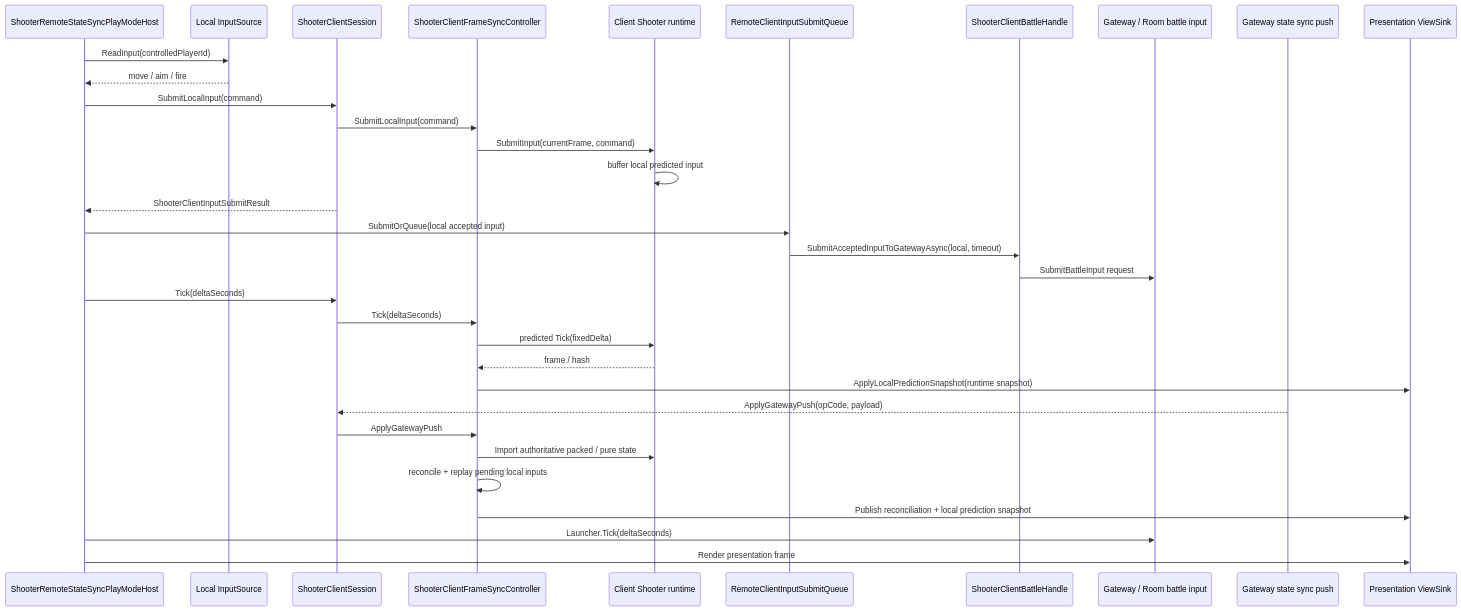
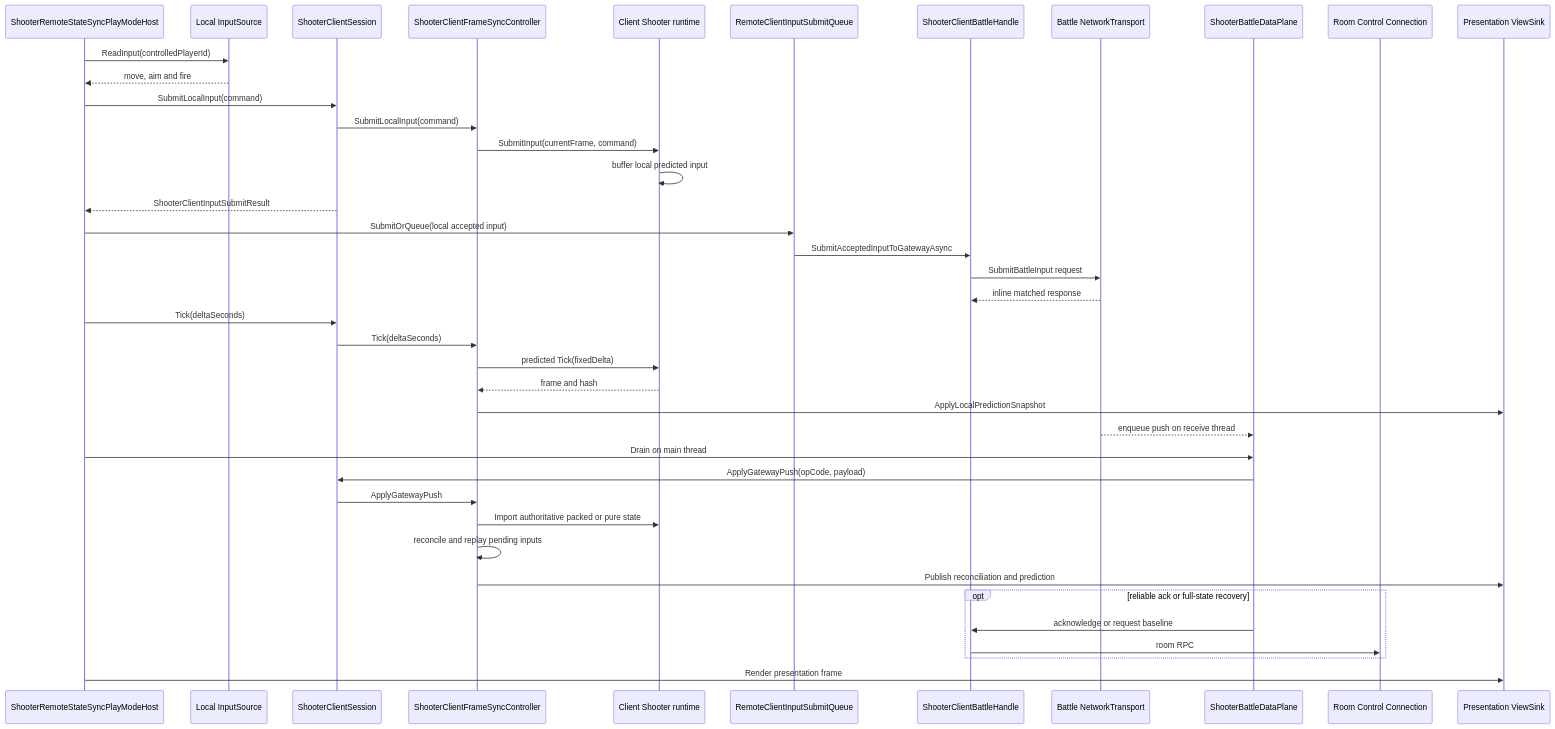
One commit to HOBOBO/AbilityKit changed the fourth of 6 diagrams in Docs/design/09-ImplementationExamples/Shooter/12-LogicLayerFlowSingleAndMultiplayer.md. Above: the diagram before and after it, drawn with Mermaid. The commit also changed other lines of this file and 328 other files, not shown here.

````diff
--- a/Docs/design/09-ImplementationExamples/Shooter/12-LogicLayerFlowSingleAndMultiplayer.md
+++ b/Docs/design/09-ImplementationExamples/Shooter/12-LogicLayerFlowSingleAndMultiplayer.md
@@ -145,40 +146,47 @@
 ```mermaid
 sequenceDiagram
     participant Host as ShooterRemoteStateSyncPlayModeHost
     participant Input as Local InputSource
     participant Session as ShooterClientSession
     participant FrameSync as ShooterClientFrameSyncController
     participant Runtime as Client Shooter runtime
     participant Queue as RemoteClientInputSubmitQueue
-    participant Battle as ShooterClientBattleHandle
-    participant Gateway as Gateway / Room battle input
-    participant Push as Gateway state sync push
+    participant Handle as ShooterClientBattleHandle
+    participant BattleNet as Battle NetworkTransport
+    participant DataPlane as ShooterBattleDataPlane
+    participant Control as Room Control Connection
     participant View as Presentation ViewSink
 
     Host->>Input: ReadInput(controlledPlayerId)
-    Input-->>Host: move / aim / fire
+    Input-->>Host: move, aim and fire
     Host->>Session: SubmitLocalInput(command)
     Session->>FrameSync: SubmitLocalInput(command)
     FrameSync->>Runtime: SubmitInput(currentFrame, command)
     Runtime->>Runtime: buffer local predicted input
     Session-->>Host: ShooterClientInputSubmitResult
 
     Host->>Queue: SubmitOrQueue(local accepted input)
-    Queue->>Battle: SubmitAcceptedInputToGatewayAsync(local, timeout)
-    Battle->>Gateway: SubmitBattleInput request
+    Queue->>Handle: SubmitAcceptedInputToGatewayAsync
+    Handle->>BattleNet: SubmitBattleInput request
+    BattleNet-->>Handle: inline matched response
 
     Host->>Session: Tick(deltaSeconds)
     Session->>FrameSync: Tick(deltaSeconds)
     FrameSync->>Runtime: predicted Tick(fixedDelta)
-    Runtime-->>FrameSync: frame / hash
-    FrameSync->>View: ApplyLocalPredictionSnapshot(runtime snapshot)
+    Runtime-->>FrameSync: frame and hash
+    FrameSync->>View: ApplyLocalPredictionSnapshot
 
-    Push-->>Session: ApplyGatewayPush(opCode, payload)
+    BattleNet-->>DataPlane: enqueue push on receive thread
+    Host->>DataPlane: Drain on main thread
+    DataPlane->>Session: ApplyGatewayPush(opCode, payload)
     Session->>FrameSync: ApplyGatewayPush
-    FrameSync->>Runtime: Import authoritative packed / pure state
-    FrameSync->>FrameSync: reconcile + replay pending local inputs
-    FrameSync->>View: Publish reconciliation + local prediction snapshot
+    FrameSync->>Runtime: Import authoritative packed or pure state
+    FrameSync->>FrameSync: reconcile and replay pending inputs
+    FrameSync->>View: Publish reconciliation and prediction
 
-    Host->>Gateway: Launcher.Tick(deltaSeconds)
+    opt reliable ack or full-state recovery
+        DataPlane->>Handle: acknowledge or request baseline
+        Handle->>Control: room RPC
+    end
     Host->>View: Render presentation frame
 ```
````
